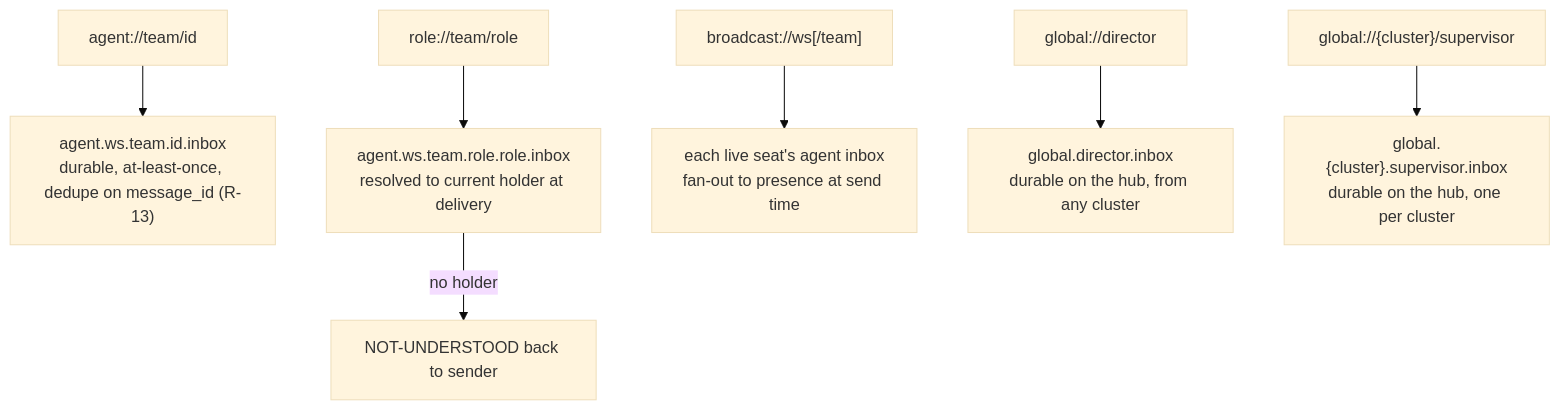
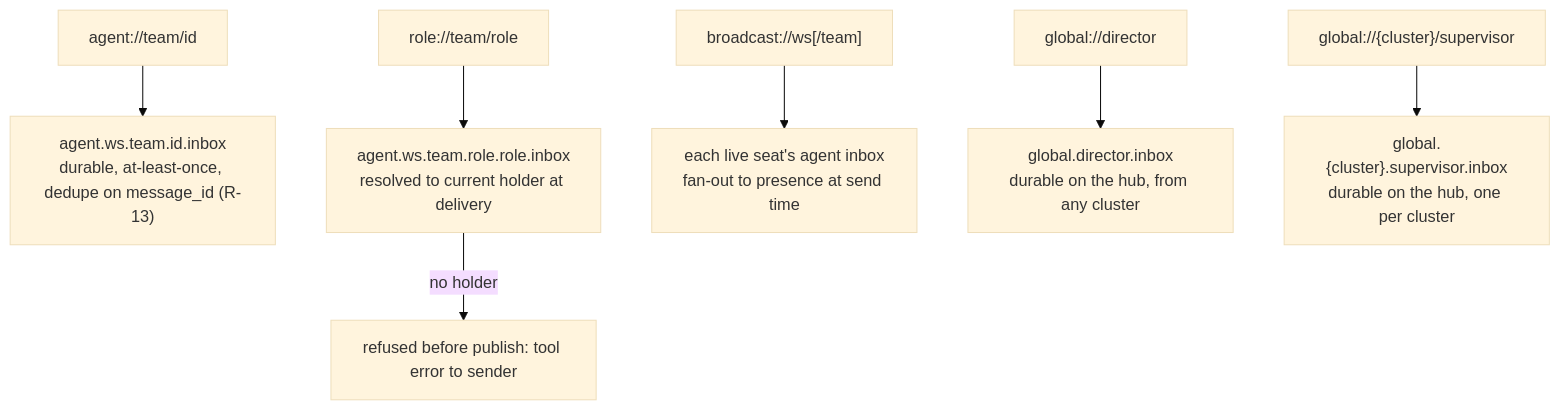
Before and after one commit to ArcavenAE/director: the third of 11 diagrams in docs/architecture.md, drawn with Mermaid (base theme). The commit also changed 10 other files, not shown here.

````diff
--- a/docs/architecture.md
+++ b/docs/architecture.md
@@ -102,9 +102,9 @@
 ```mermaid
 flowchart TD
   A1["agent://team/id"] --> S1["agent.ws.team.id.inbox<br/>durable, at-least-once, dedupe on message_id (R-13)"]
   A2["role://team/role"] --> S2["agent.ws.team.role.role.inbox<br/>resolved to current holder at delivery"]
   A3["broadcast://ws[/team]"] --> S3["each live seat's agent inbox<br/>fan-out to presence at send time"]
   A4["global://director"] --> S4["global.director.inbox<br/>durable on the hub, from any cluster"]
   A5["global://{cluster}/supervisor"] --> S5["global.{cluster}.supervisor.inbox<br/>durable on the hub, one per cluster"]
-  S2 -->|"no holder"| NU["NOT-UNDERSTOOD back to sender"]
+  S2 -->|"no holder"| NU["refused before publish: tool error to sender"]
 ```
````
